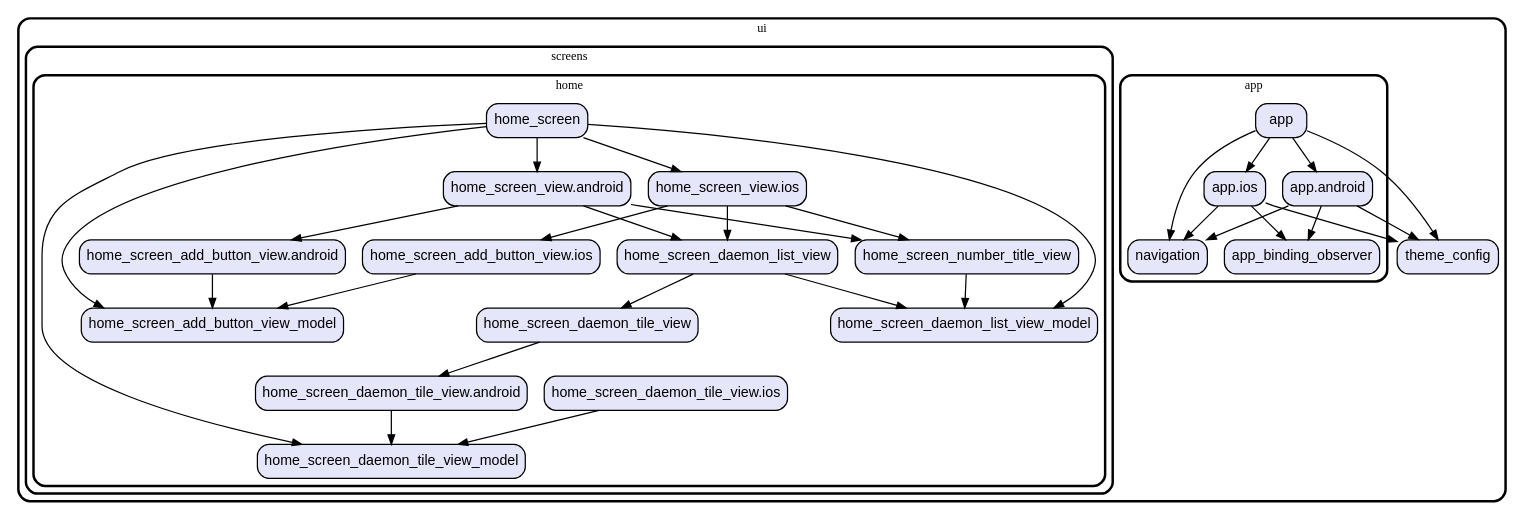
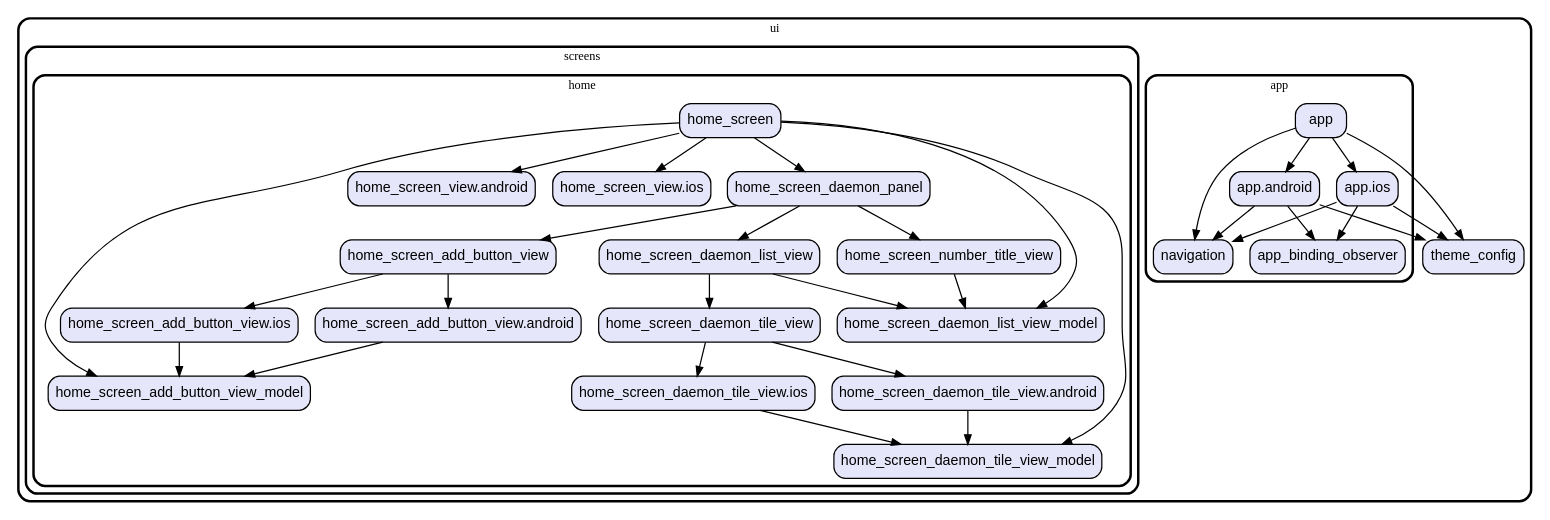
Before and after one commit to gev/reacthome-mobile: the diagram in graph/lib/ui.dot, drawn with Graphviz. The commit also changed 4 other files, not shown here.

Commit message:
update dependencies graph

```diff
--- a/graph/lib/ui.dot
+++ b/graph/lib/ui.dot
@@ -1,84 +1,89 @@
 digraph "" {
   graph [style=rounded fontname="Arial Black" fontsize=13 penwidth=2.6];
   node [shape=rect style="filled,rounded" fontname=Arial fontsize=15 fillcolor=Lavender penwidth=1.3];
   edge [penwidth=1.3];
   "/app/app.android.dart" [label="app.android"];
   "/app/app_binding_observer.dart" [label="app_binding_observer"];
   "/app/app.ios.dart" [label="app.ios"];
   "/app/navigation.dart" [label="navigation"];
   "/app/app.dart" [label="app"];
   "/screens/home/home_screen_daemon_tile_view.ios.dart" [label="home_screen_daemon_tile_view.ios"];
   "/screens/home/home_screen_number_title_view.dart" [label="home_screen_number_title_view"];
+  "/screens/home/home_screen_add_button_view.dart" [label="home_screen_add_button_view"];
   "/screens/home/home_screen_add_button_view_model.dart" [label="home_screen_add_button_view_model"];
   "/screens/home/home_screen_add_button_view.android.dart" [label="home_screen_add_button_view.android"];
   "/screens/home/home_screen_view.android.dart" [label="home_screen_view.android"];
   "/screens/home/home_screen_view.ios.dart" [label="home_screen_view.ios"];
   "/screens/home/home_screen_daemon_tile_view_model.dart" [label="home_screen_daemon_tile_view_model"];
+  "/screens/home/home_screen_daemon_panel.dart" [label="home_screen_daemon_panel"];
   "/screens/home/home_screen_daemon_list_view_model.dart" [label="home_screen_daemon_list_view_model"];
   "/screens/home/home_screen_daemon_tile_view.android.dart" [label="home_screen_daemon_tile_view.android"];
   "/screens/home/home_screen_daemon_list_view.dart" [label="home_screen_daemon_list_view"];
   "/screens/home/home_screen.dart" [label="home_screen"];
   "/screens/home/home_screen_add_button_view.ios.dart" [label="home_screen_add_button_view.ios"];
   "/screens/home/home_screen_daemon_tile_view.dart" [label="home_screen_daemon_tile_view"];
   "/theme_config.dart" [label="theme_config"];
   subgraph "cluster~" {
     label="ui";
     "/theme_config.dart";
     subgraph "cluster~/app" {
       label="app";
       "/app/app.android.dart";
       "/app/app_binding_observer.dart";
       "/app/app.ios.dart";
       "/app/navigation.dart";
       "/app/app.dart";
     }
     subgraph "cluster~/screens" {
       label="screens";
       subgraph "cluster~/screens/home" {
         label="home";
         "/screens/home/home_screen_daemon_tile_view.ios.dart";
         "/screens/home/home_screen_number_title_view.dart";
+        "/screens/home/home_screen_add_button_view.dart";
         "/screens/home/home_screen_add_button_view_model.dart";
         "/screens/home/home_screen_add_button_view.android.dart";
         "/screens/home/home_screen_view.android.dart";
         "/screens/home/home_screen_view.ios.dart";
         "/screens/home/home_screen_daemon_tile_view_model.dart";
+        "/screens/home/home_screen_daemon_panel.dart";
         "/screens/home/home_screen_daemon_list_view_model.dart";
         "/screens/home/home_screen_daemon_tile_view.android.dart";
         "/screens/home/home_screen_daemon_list_view.dart";
         "/screens/home/home_screen.dart";
         "/screens/home/home_screen_add_button_view.ios.dart";
         "/screens/home/home_screen_daemon_tile_view.dart";
       }
     }
   }
   "/app/app.android.dart" -> "/app/app_binding_observer.dart";
   "/app/app.android.dart" -> "/app/navigation.dart";
   "/app/app.android.dart" -> "/theme_config.dart";
   "/app/app.ios.dart" -> "/app/app_binding_observer.dart";
   "/app/app.ios.dart" -> "/app/navigation.dart";
   "/app/app.ios.dart" -> "/theme_config.dart";
   "/app/app.dart" -> "/app/app.android.dart";
   "/app/app.dart" -> "/app/app.ios.dart";
   "/app/app.dart" -> "/app/navigation.dart";
   "/app/app.dart" -> "/theme_config.dart";
   "/screens/home/home_screen_daemon_tile_view.ios.dart" -> "/screens/home/home_screen_daemon_tile_view_model.dart";
   "/screens/home/home_screen_number_title_view.dart" -> "/screens/home/home_screen_daemon_list_view_model.dart";
+  "/screens/home/home_screen_add_button_view.dart" -> "/screens/home/home_screen_add_button_view.android.dart";
+  "/screens/home/home_screen_add_button_view.dart" -> "/screens/home/home_screen_add_button_view.ios.dart";
   "/screens/home/home_screen_add_button_view.android.dart" -> "/screens/home/home_screen_add_button_view_model.dart";
-  "/screens/home/home_screen_view.android.dart" -> "/screens/home/home_screen_add_button_view.android.dart";
-  "/screens/home/home_screen_view.android.dart" -> "/screens/home/home_screen_daemon_list_view.dart";
-  "/screens/home/home_screen_view.android.dart" -> "/screens/home/home_screen_number_title_view.dart";
-  "/screens/home/home_screen_view.ios.dart" -> "/screens/home/home_screen_add_button_view.ios.dart";
-  "/screens/home/home_screen_view.ios.dart" -> "/screens/home/home_screen_daemon_list_view.dart";
-  "/screens/home/home_screen_view.ios.dart" -> "/screens/home/home_screen_number_title_view.dart";
+  "/screens/home/home_screen_daemon_panel.dart" -> "/screens/home/home_screen_add_button_view.dart";
+  "/screens/home/home_screen_daemon_panel.dart" -> "/screens/home/home_screen_daemon_list_view.dart";
+  "/screens/home/home_screen_daemon_panel.dart" -> "/screens/home/home_screen_number_title_view.dart";
   "/screens/home/home_screen_daemon_tile_view.android.dart" -> "/screens/home/home_screen_daemon_tile_view_model.dart";
   "/screens/home/home_screen_daemon_list_view.dart" -> "/screens/home/home_screen_daemon_list_view_model.dart";
   "/screens/home/home_screen_daemon_list_view.dart" -> "/screens/home/home_screen_daemon_tile_view.dart";
   "/screens/home/home_screen.dart" -> "/screens/home/home_screen_add_button_view_model.dart";
   "/screens/home/home_screen.dart" -> "/screens/home/home_screen_daemon_list_view_model.dart";
+  "/screens/home/home_screen.dart" -> "/screens/home/home_screen_daemon_panel.dart";
   "/screens/home/home_screen.dart" -> "/screens/home/home_screen_daemon_tile_view_model.dart";
   "/screens/home/home_screen.dart" -> "/screens/home/home_screen_view.android.dart";
   "/screens/home/home_screen.dart" -> "/screens/home/home_screen_view.ios.dart";
   "/screens/home/home_screen_add_button_view.ios.dart" -> "/screens/home/home_screen_add_button_view_model.dart";
   "/screens/home/home_screen_daemon_tile_view.dart" -> "/screens/home/home_screen_daemon_tile_view.android.dart";
+  "/screens/home/home_screen_daemon_tile_view.dart" -> "/screens/home/home_screen_daemon_tile_view.ios.dart";
 }
```
